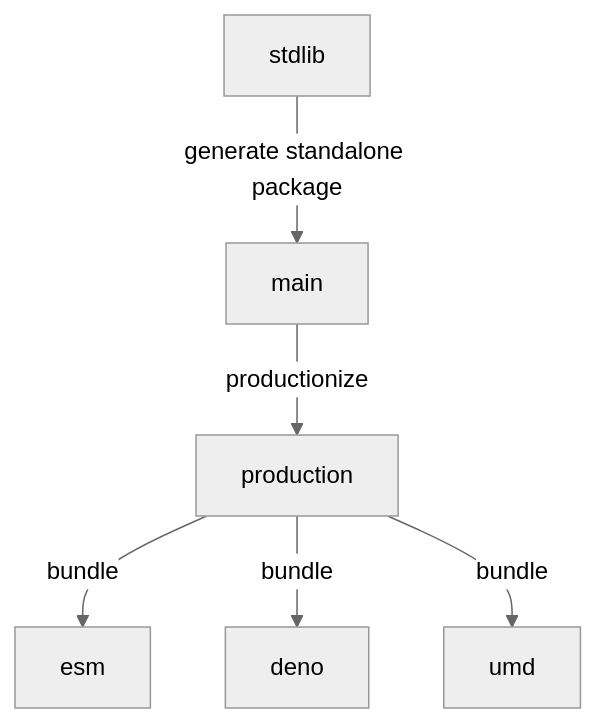
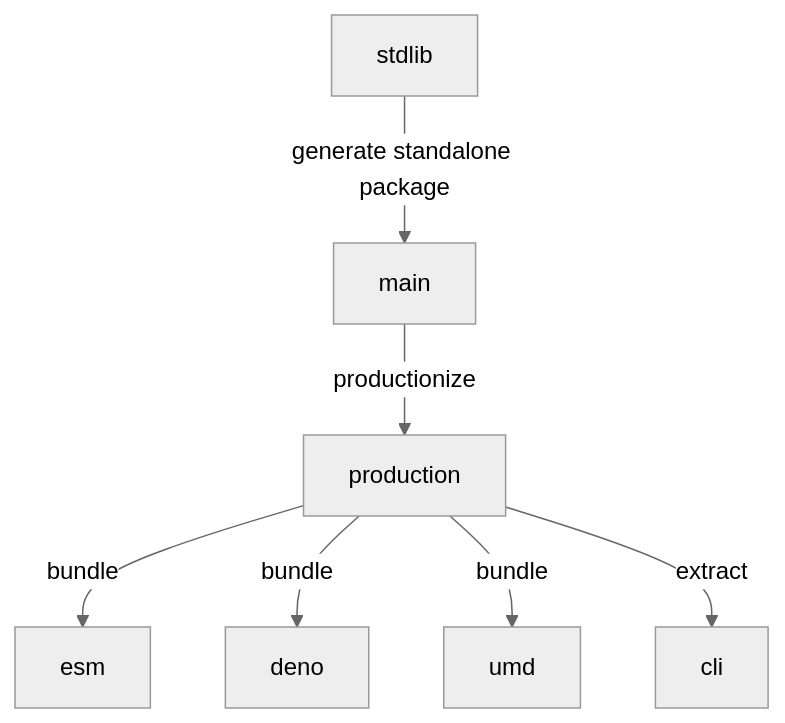
The diagram in branches.md (stdlib-js/string-starts-with), drawn with Mermaid (neutral theme) before and after one commit. The commit also changed other lines of this file and 8 other files, not shown here.

````diff
--- a/branches.md
+++ b/branches.md
@@ -33,15 +34,17 @@
 ```mermaid
 graph TD;
 A[stdlib]-->|generate standalone package|B;
 B[main] -->|productionize| C[production];
 C -->|bundle| D[esm];
 C -->|bundle| E[deno];
 C -->|bundle| F[umd];
+C -->|extract| G[cli];
 
-click A href "https://github.com/stdlib-js/stdlib/tree/develop/lib/node_modules/%40stdlib/string/starts-with"
-click B href "https://github.com/stdlib-js/string-starts-with/tree/main"
-click C href "https://github.com/stdlib-js/string-starts-with/tree/production"
-click D href "https://github.com/stdlib-js/string-starts-with/tree/esm"
-click E href "https://github.com/stdlib-js/string-starts-with/tree/deno"
-click F href "https://github.com/stdlib-js/string-starts-with/tree/umd"
+%% click A href "https://github.com/stdlib-js/stdlib/tree/develop/lib/node_modules/%40stdlib/string/starts-with"
+%% click B href "https://github.com/stdlib-js/string-starts-with/tree/main"
+%% click C href "https://github.com/stdlib-js/string-starts-with/tree/production"
+%% click D href "https://github.com/stdlib-js/string-starts-with/tree/esm"
+%% click E href "https://github.com/stdlib-js/string-starts-with/tree/deno"
+%% click F href "https://github.com/stdlib-js/string-starts-with/tree/umd"
+%% click G href "https://github.com/stdlib-js/string-starts-with/tree/cli"
 ```
````
